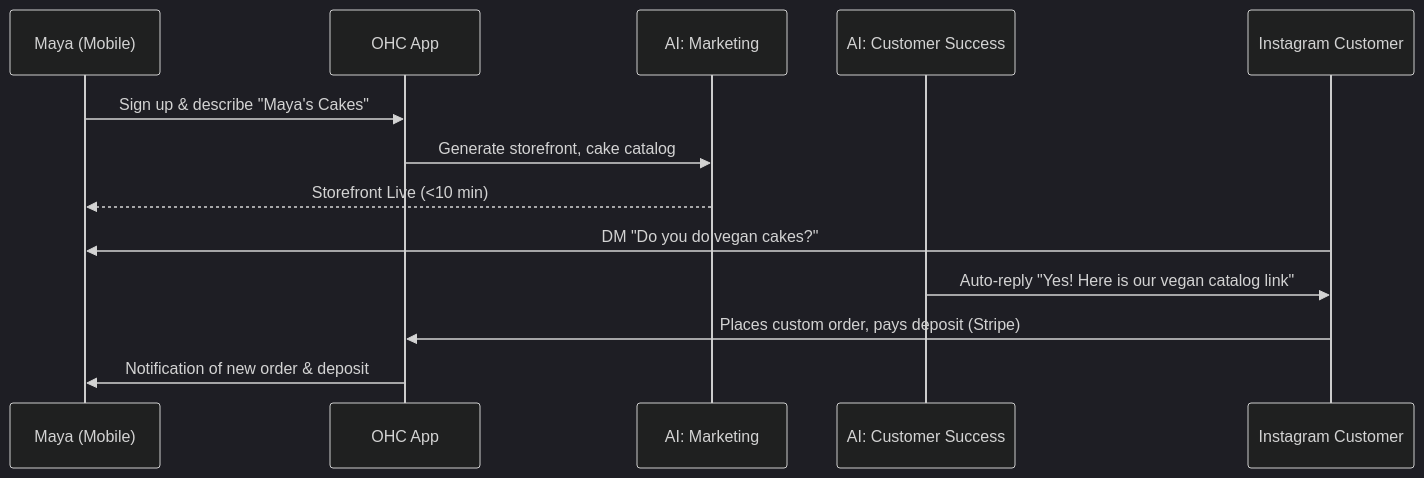
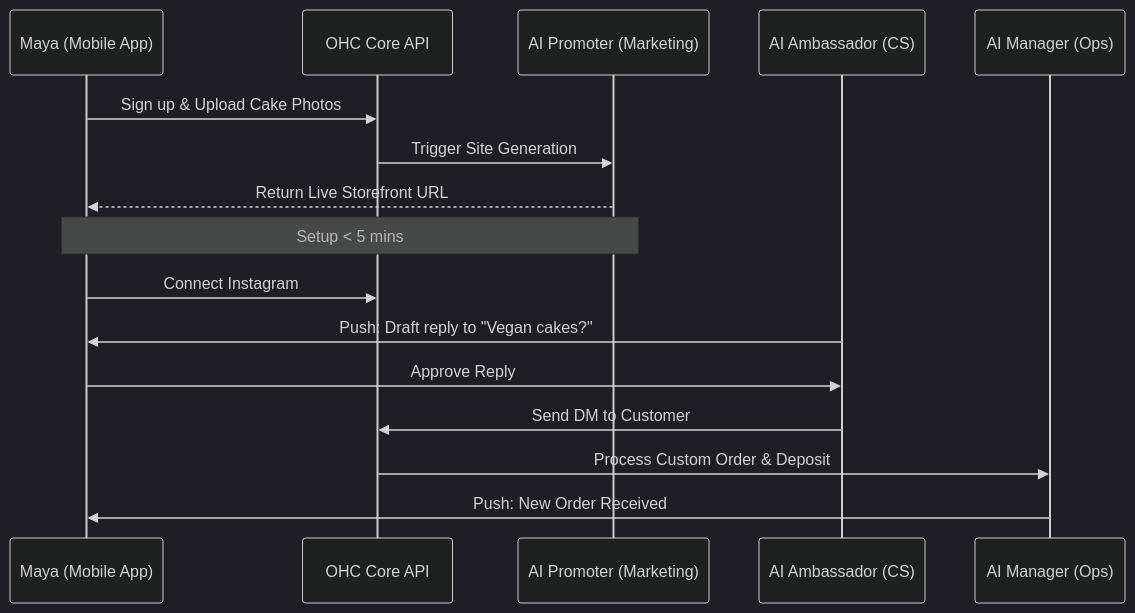
Before and after one commit to omnisolo-llc/onehumancorp: the first of 5 diagrams in .agent-task/report/task_output.md, drawn with Mermaid (dark theme). The commit also changed other lines of this file, not shown here.

Commit message:
🧹 Maintainer: [architecture] Define Business Journey Architecture for all Personas

````diff
--- a/.agent-task/report/task_output.md
+++ b/.agent-task/report/task_output.md
@@ -42,16 +43,24 @@
 ```mermaid
 sequenceDiagram
-    participant Maya as Maya (Mobile)
-    participant OHC as OHC App
-    participant AI_Marketing as AI: Marketing
-    participant AI_CS as AI: Customer Success
-    participant Customer as Instagram Customer
+    participant Maya as Maya (Mobile App)
+    participant Core as OHC Core API
+    participant Promoter as AI Promoter (Marketing)
+    participant CS as AI Ambassador (CS)
+    participant Ops as AI Manager (Ops)
 
-    Maya->>OHC: Sign up & describe "Maya's Cakes"
-    OHC->>AI_Marketing: Generate storefront, cake catalog
-    AI_Marketing-->>Maya: Storefront Live (<10 min)
-    Customer->>Maya: DM "Do you do vegan cakes?"
-    AI_CS->>Customer: Auto-reply "Yes! Here is our vegan catalog link"
-    Customer->>OHC: Places custom order, pays deposit (Stripe)
-    OHC->>Maya: Notification of new order & deposit
+    Maya->>Core: Sign up & Upload Cake Photos
+    Core->>Promoter: Trigger Site Generation
+    Promoter-->>Maya: Return Live Storefront URL
+    Note over Maya,Promoter: Setup < 5 mins
+
+    Maya->>Core: Connect Instagram
+
+    %% Activation: Customer DM
+    CS->>Maya: Push: Draft reply to "Vegan cakes?"
+    Maya->>CS: Approve Reply
+    CS->>Core: Send DM to Customer
+
+    %% Order Received
+    Core->>Ops: Process Custom Order & Deposit
+    Ops->>Maya: Push: New Order Received
 ```
````
